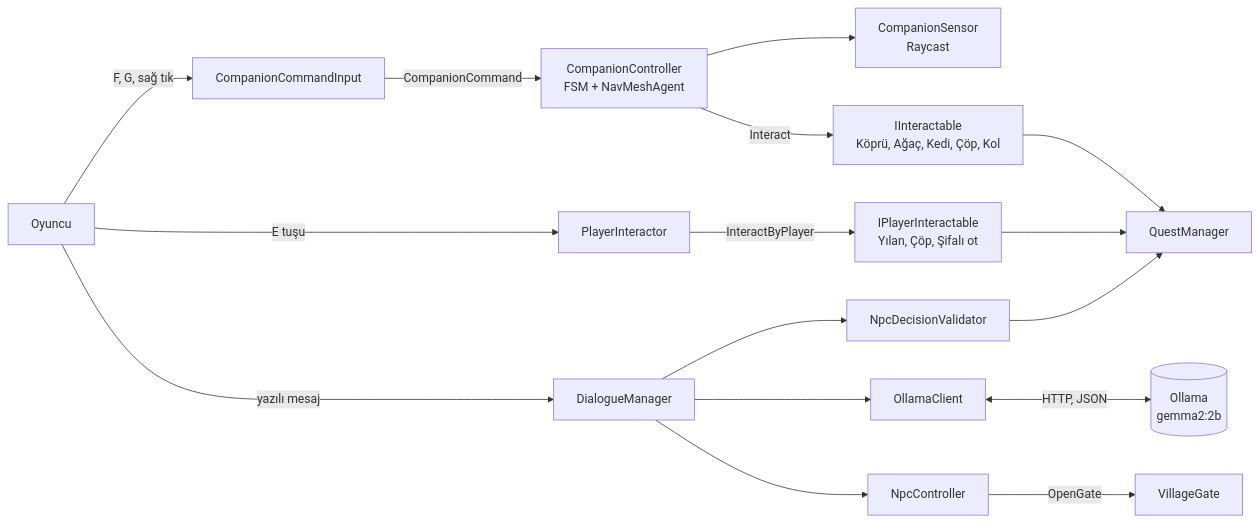
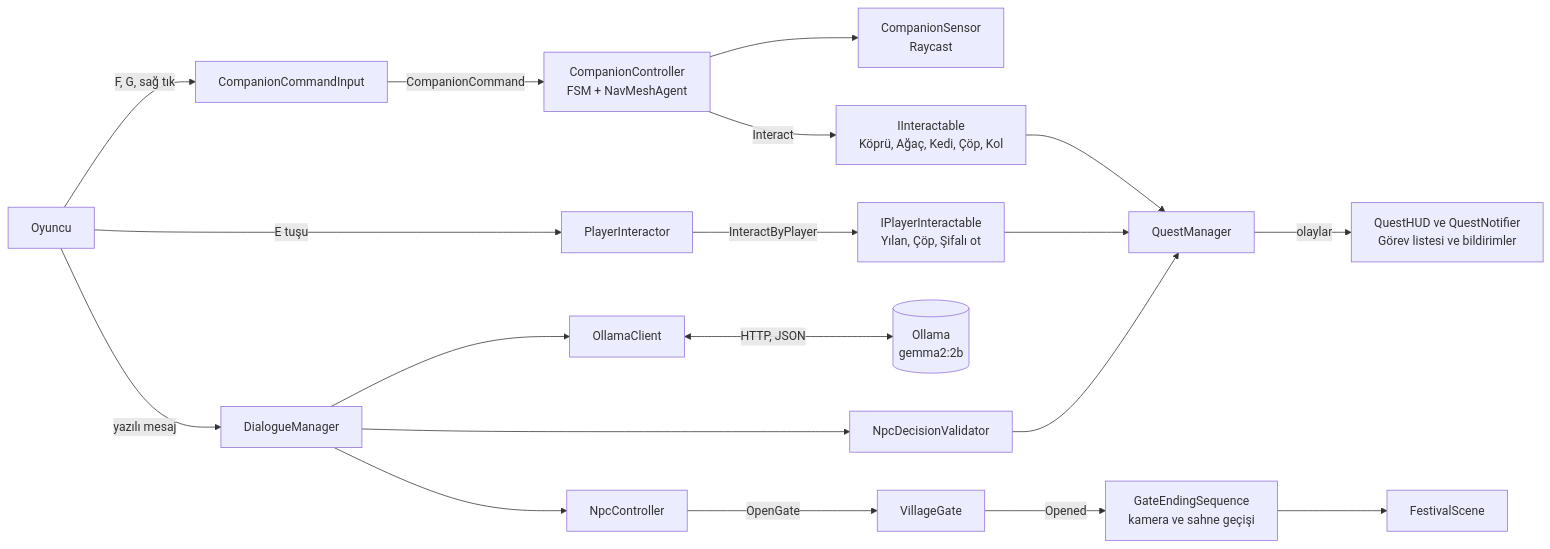
The first of 5 diagrams in README.md (arihatice92-lab/Kucuk-Otaci), drawn with Mermaid before and after one commit. The commit also changed other lines of this file and 15 other files, not shown here.

````diff
--- a/README.md
+++ b/README.md
@@ -18,19 +40,22 @@
 ```mermaid
 flowchart LR
     P[Oyuncu] -->|F, G, sağ tık| CI[CompanionCommandInput]
     CI -->|CompanionCommand| CC[CompanionController<br/>FSM + NavMeshAgent]
     CC --> CS[CompanionSensor<br/>Raycast]
     CC -->|Interact| IO[IInteractable<br/>Köprü, Ağaç, Kedi, Çöp, Kol]
     P -->|E tuşu| PI[PlayerInteractor]
     PI -->|InteractByPlayer| PO[IPlayerInteractable<br/>Yılan, Çöp, Şifalı ot]
     IO --> QM[QuestManager]
     PO --> QM
+    QM -->|olaylar| HUD[QuestHUD ve QuestNotifier<br/>Görev listesi ve bildirimler]
 
     P -->|yazılı mesaj| DM[DialogueManager]
     DM --> OC[OllamaClient]
     OC <-->|HTTP, JSON| OL[(Ollama<br/>gemma2:2b)]
     DM --> V[NpcDecisionValidator]
     V --> QM
     DM --> NC[NpcController]
     NC -->|OpenGate| VG[VillageGate]
+    VG -->|Opened| GE[GateEndingSequence<br/>kamera ve sahne geçişi]
+    GE --> FS[FestivalScene]
 ```
````
